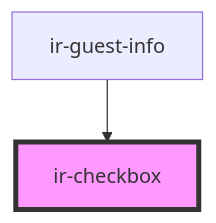
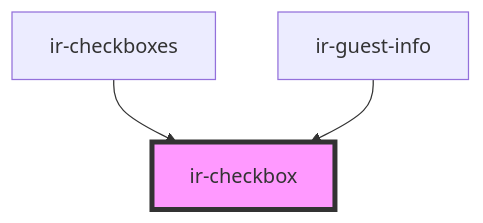
The diagram in src/components/ir-checkbox/readme.md (njimmy10/irwebmain), drawn with Mermaid before and after one commit. The commit also changed other lines of this file and 9 other files, not shown here.

````diff
--- a/src/components/ir-checkbox/readme.md
+++ b/src/components/ir-checkbox/readme.md
@@ -31,5 +34,6 @@
 ```mermaid
 graph TD;
+  ir-checkboxes --> ir-checkbox
   ir-guest-info --> ir-checkbox
   style ir-checkbox fill:#f9f,stroke:#333,stroke-width:4px
 ```
````
